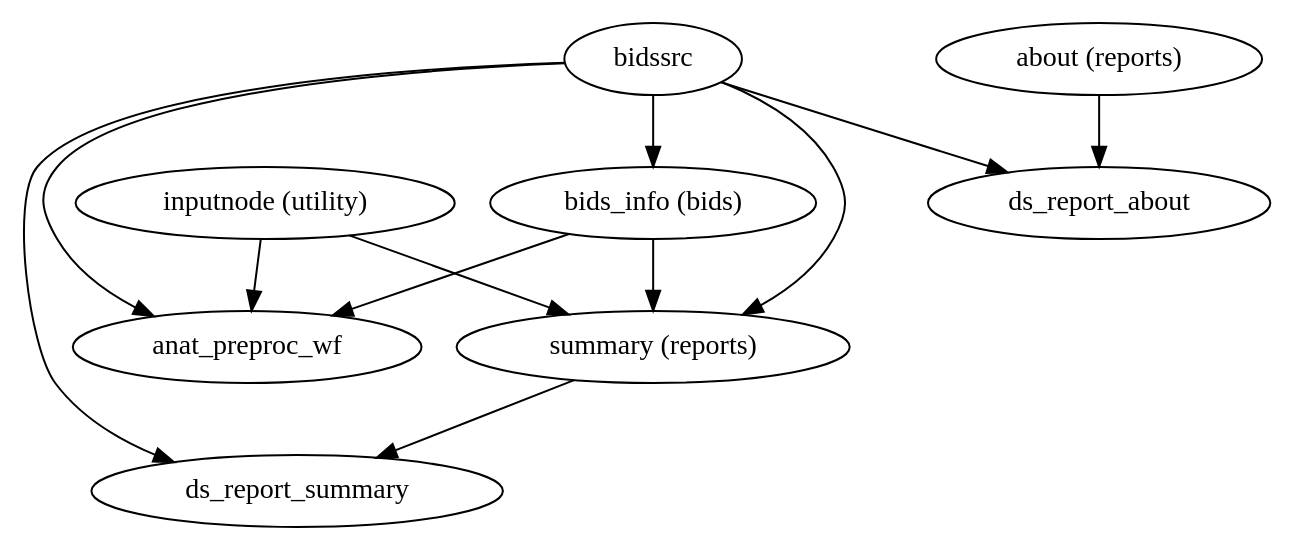
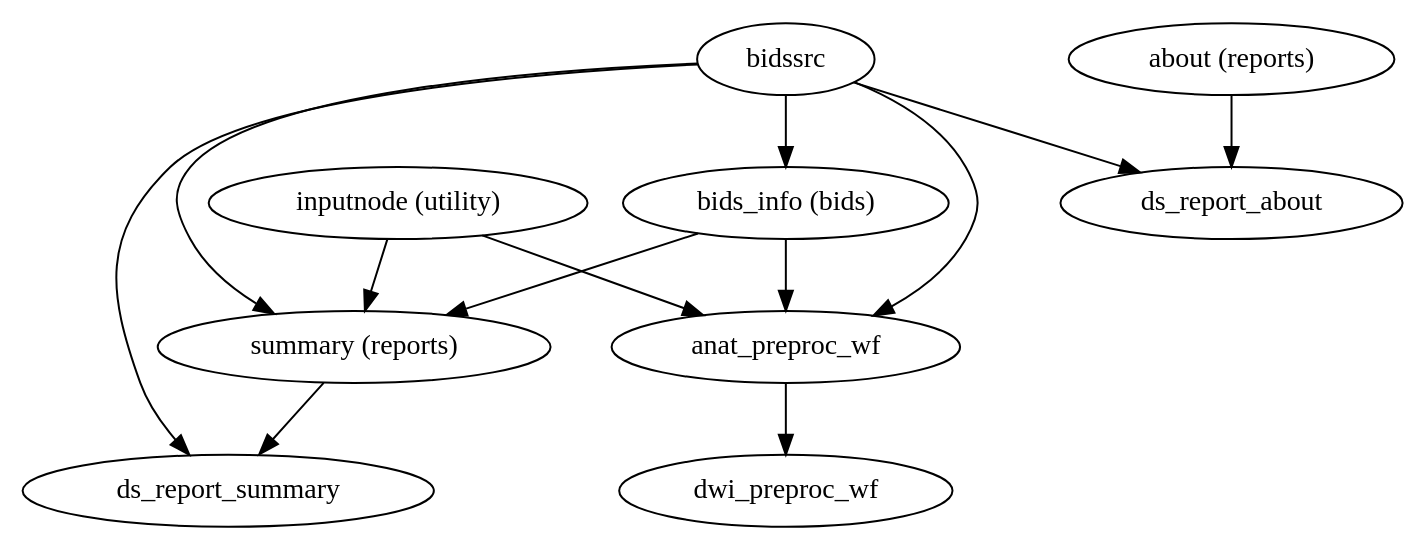
One commit to nipreps/dmriprep changed the diagram in master/wf_directive/api/single_subject_wf/dmriprep-workflows-base-2.dot. Above: the diagram before and after it, drawn with Graphviz. The commit also changed 479 other files, not shown here.

```diff
--- a/master/wf_directive/api/single_subject_wf/dmriprep-workflows-base-2.dot
+++ b/master/wf_directive/api/single_subject_wf/dmriprep-workflows-base-2.dot
@@ -1,21 +1,23 @@
 strict digraph  {
 "inputnode (utility)";
 anat_preproc_wf;
 "summary (reports)";
+dwi_preproc_wf;
 bidssrc;
 "bids_info (bids)";
 ds_report_summary;
 ds_report_about;
 "about (reports)";
 "inputnode (utility)" -> anat_preproc_wf;
 "inputnode (utility)" -> "summary (reports)";
+anat_preproc_wf -> dwi_preproc_wf;
 "summary (reports)" -> ds_report_summary;
 bidssrc -> "bids_info (bids)";
 bidssrc -> "summary (reports)";
 bidssrc -> anat_preproc_wf;
 bidssrc -> ds_report_summary;
 bidssrc -> ds_report_about;
 "bids_info (bids)" -> "summary (reports)";
 "bids_info (bids)" -> anat_preproc_wf;
 "about (reports)" -> ds_report_about;
 }
```
